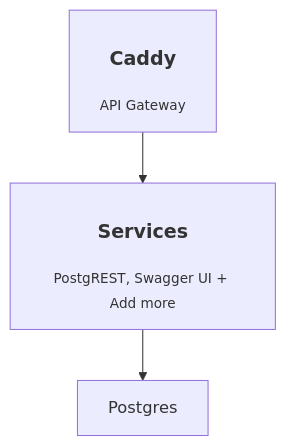
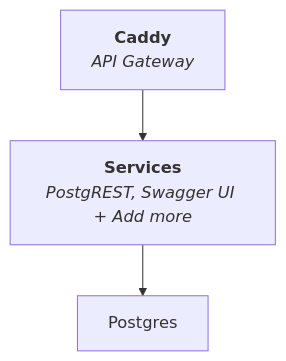
One commit to explodinglabs/superstack changed the diagram in README.md. Above: the diagram before and after it, drawn with Mermaid.

Commit message:
Adjust architecture

````diff
--- a/README.md
+++ b/README.md
@@ -14,6 +14,6 @@
 ```mermaid
 flowchart TD
-    Caddy["<h3>Caddy</h3><small>API Gateway<small>"]
-    Caddy --> Middleware["<h3>Services</h3><small>PostgREST, Swagger UI + Add more</small>"]
+    Caddy["<b>Caddy</b><br><i>API Gateway<i>"]
+    Caddy --> Middleware["<b>Services</b><br><i>PostgREST, Swagger UI + Add more</i>"]
     Middleware --> Postgres
 ```
````
